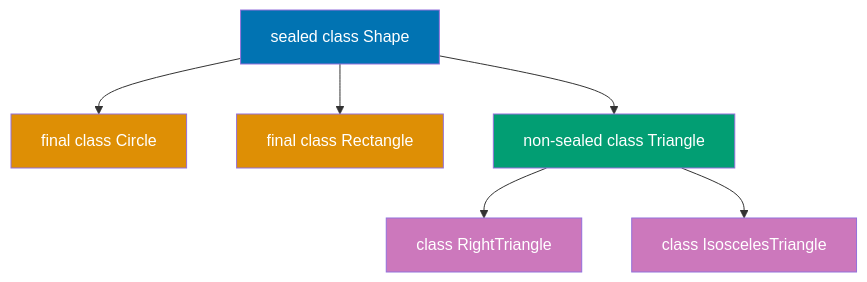
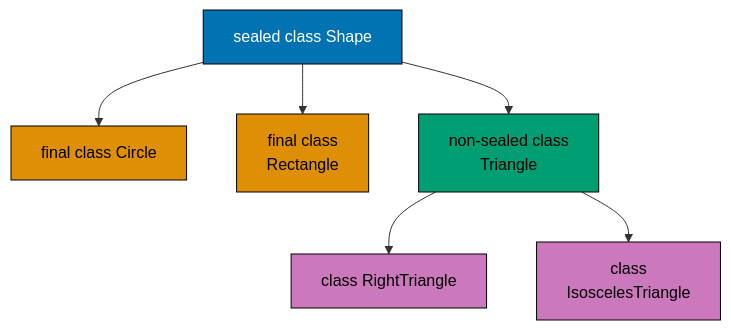
One commit to wahidyankf/ose-public changed the fifth of 13 diagrams in apps/ayokoding-www/content/en/learn/legacy/software-engineering/programming-languages/java/by-example/advanced.md. Above: the diagram before and after it, drawn with Mermaid. The commit also changed other lines of this file and 112 other files, not shown here.

First line of the commit message:
fix(mermaid): bring the legacy programming-languages diagrams onto the accessible palette

````diff
--- a/apps/ayokoding-www/content/en/learn/legacy/software-engineering/programming-languages/java/by-example/advanced.md
+++ b/apps/ayokoding-www/content/en/learn/legacy/software-engineering/programming-languages/java/by-example/advanced.md
@@ -970,16 +994,23 @@
 ```mermaid
 %% Color Palette: Blue #0173B2, Orange #DE8F05, Teal #029E73, Purple #CC78BC, Brown #CA9161
 graph TD
+    accTitle: Example 71: Sealed Classes and Pattern Matching
+    accDescr: Graph with 6 nodes and 5 connections. Nodes: sealed class Shape, final class Circle, final class Rectangle, non-sealed class Triangle, class RightTriangle, class IsoscelesTriangle. Connections: sealed class Shape to final class Circle, sealed class Shape to final class Rectangle, sealed class Shape to non-sealed class Triangle, non-sealed class Triangle to class RightTriangle, non-sealed class Triangle to class IsoscelesTriangle.
     A[sealed class Shape] --> B[final class Circle]
-    A --> C[final class Rectangle]
-    A --> D[non-sealed class Triangle]
+    A --> C[final class<br/>Rectangle]
+    A --> D[non-sealed class<br/>Triangle]
     D --> E[class RightTriangle]
-    D --> F[class IsoscelesTriangle]
+    D --> F[class<br/>IsoscelesTriangle]
 
-    style A fill:#0173B2,color:#fff
-    style B fill:#DE8F05,color:#fff
-    style C fill:#DE8F05,color:#fff
-    style D fill:#029E73,color:#fff
-    style E fill:#CC78BC,color:#fff
-    style F fill:#CC78BC,color:#fff
+    classDef pal-0173B2 fill:#0173B2,stroke:#000000,color:#FFFFFF
+    class A pal-0173B2
+    classDef pal-DE8F05 fill:#DE8F05,stroke:#000000,color:#000000
+    class B pal-DE8F05
+    class C pal-DE8F05
+    classDef pal-029E73 fill:#029E73,stroke:#000000,color:#000000
+    class D pal-029E73
+    classDef pal-CC78BC fill:#CC78BC,stroke:#000000,color:#000000
+    class E pal-CC78BC
+    class F pal-CC78BC
+    classDef default fill:#FFFFFF,stroke:#000000,color:#000000
 ```
````
